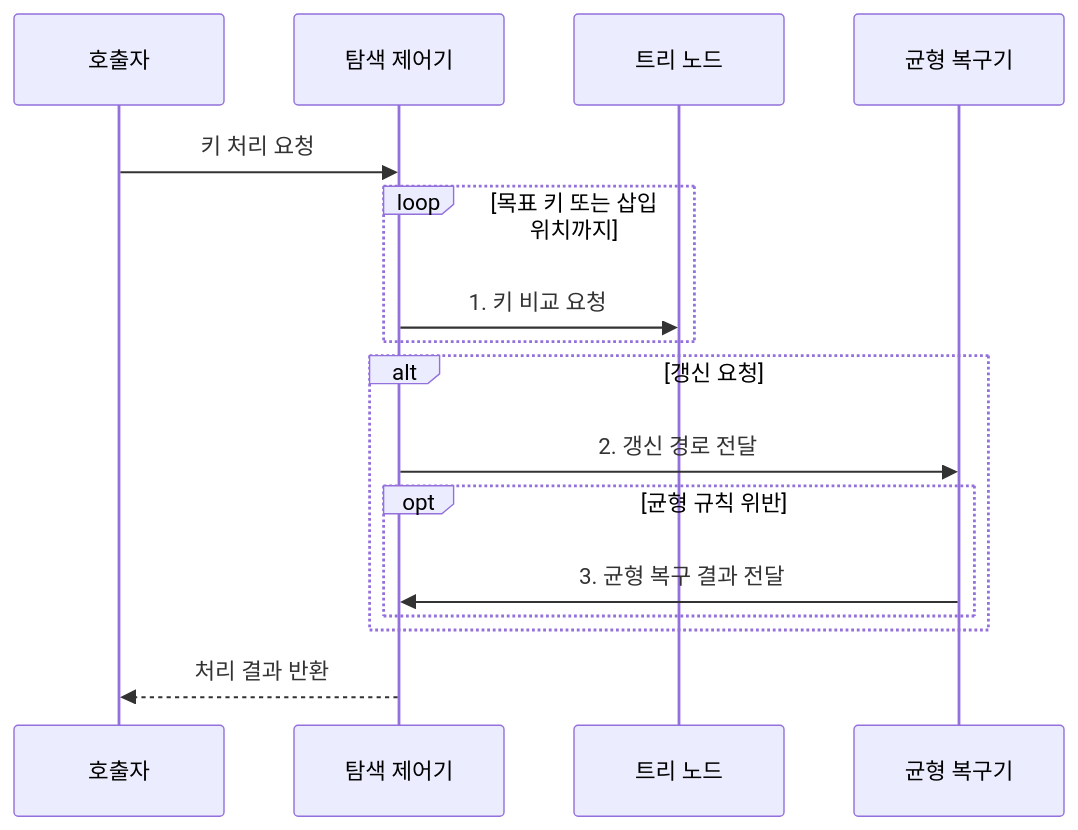
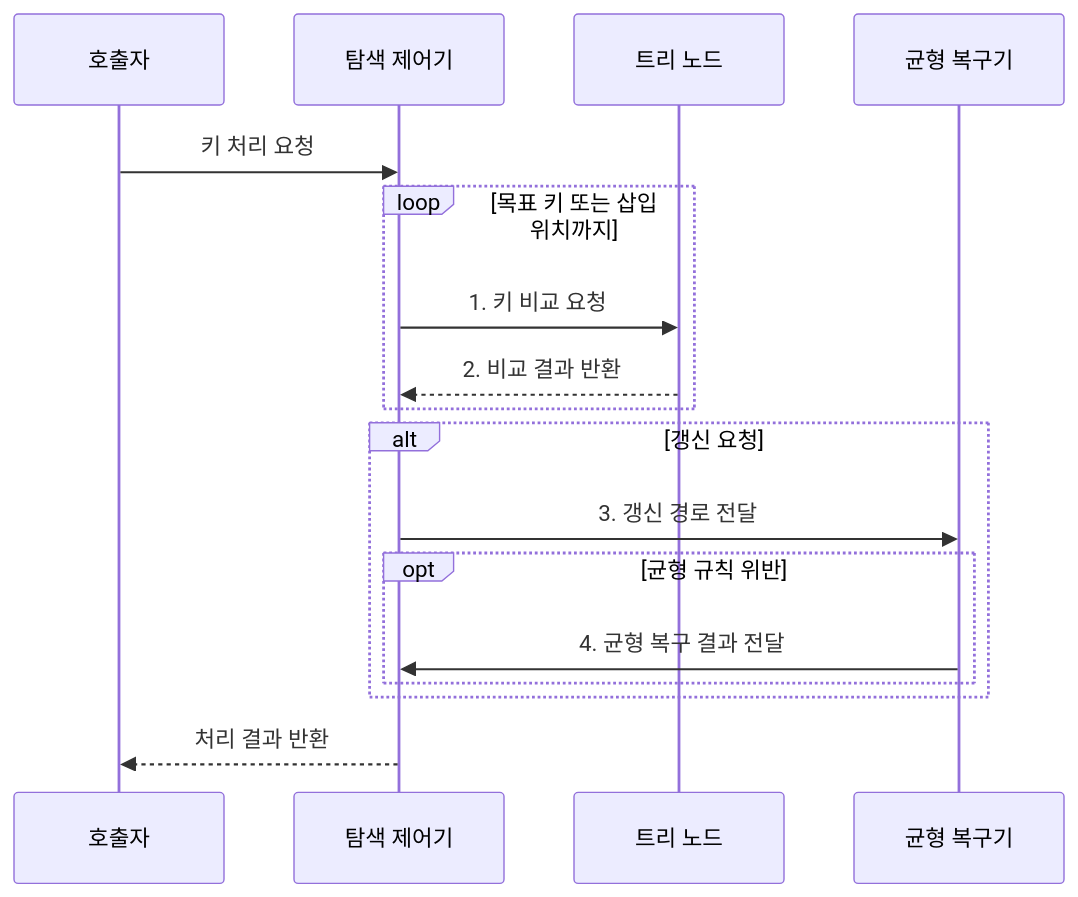
The second of 2 diagrams in src/content/docs/notes/01-basic-theory/008_tree_data_structures.md (agnusdei1207/knowledge-base), drawn with Mermaid before and after one commit. The commit also changed other lines of this file and 19 other files, not shown here.

````diff
--- a/src/content/docs/notes/01-basic-theory/008_tree_data_structures.md
+++ b/src/content/docs/notes/01-basic-theory/008_tree_data_structures.md
@@ -88,18 +88,19 @@
 ```mermaid
 sequenceDiagram
     participant Q as 호출자
     participant T as 탐색 제어기
     participant N as 트리 노드
     participant B as 균형 복구기
     Q->>T: 키 처리 요청
     loop 목표 키 또는 삽입 위치까지
         T->>N: 1. 키 비교 요청
+        N-->>T: 2. 비교 결과 반환
     end
     alt 갱신 요청
-        T->>B: 2. 갱신 경로 전달
+        T->>B: 3. 갱신 경로 전달
         opt 균형 규칙 위반
-            B->>T: 3. 균형 복구 결과 전달
+            B->>T: 4. 균형 복구 결과 전달
         end
     end
     T-->>Q: 처리 결과 반환
 ```
````
